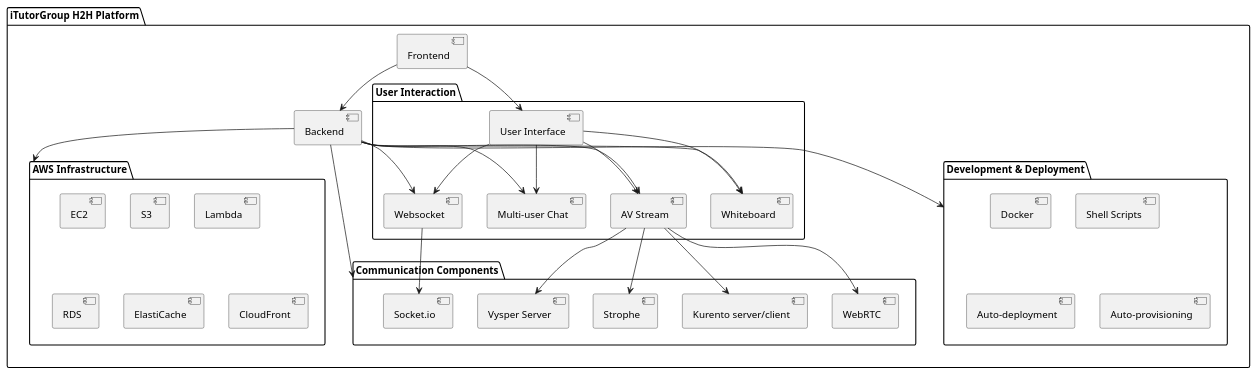
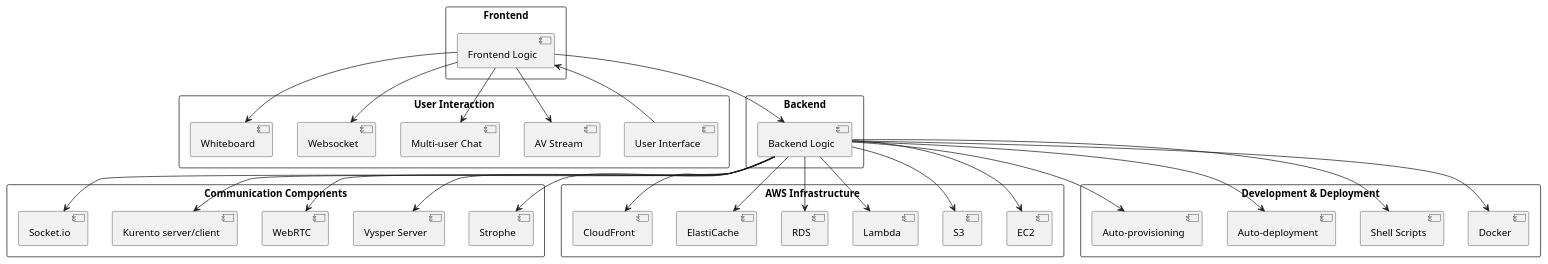
The diagram in itutorgroup_h2h_platform_architecture.puml (huangyingw/system_design), drawn with PlantUML before and after one commit.

```diff
--- a/itutorgroup_h2h_platform_architecture.puml
+++ b/itutorgroup_h2h_platform_architecture.puml
@@ -1,65 +1,76 @@
 @startuml
 
-package "iTutorGroup H2H Platform" {
-    [Frontend]
-    [Backend]
+skinparam packageStyle rect
 
-    package "AWS Infrastructure" {
-        [EC2]
-        [S3]
-        [Lambda]
-        [RDS]
-        [ElastiCache]
-        [CloudFront]
-    }
-
-    package "Communication Components" {
-        [Strophe]
-        [Vysper Server]
-        [WebRTC]
-        [Kurento server/client]
-        [Socket.io]
-    }
-
-    package "Development & Deployment" {
-        [Docker]
-        [Shell Scripts]
-        [Auto-deployment]
-        [Auto-provisioning]
-    }
-
-    package "User Interaction" {
-        [User Interface]
-        [AV Stream]
-        [Multi-user Chat]
-        [Websocket]
-        [Whiteboard]
-    }
+package "User Interaction" {
+    [User Interface]
+    [AV Stream]
+    [Multi-user Chat]
+    [Websocket]
+    [Whiteboard]
 }
 
-[Frontend] --> [User Interface]
-[User Interface] --> [AV Stream]
-[User Interface] --> [Multi-user Chat]
-[User Interface] --> [Websocket]
-[User Interface] --> [Whiteboard]
+package "Frontend" {
+    [Frontend Logic]
+}
 
-[Backend] --> [AV Stream]
-[Backend] --> [Multi-user Chat]
-[Backend] --> [Websocket]
-[Backend] --> [Whiteboard]
+package "Backend" {
+    [Backend Logic]
+}
 
-[Frontend] --> [Backend]
+package "Communication Components" {
+    [Strophe]
+    [Vysper Server]
+    [WebRTC]
+    [Kurento server/client]
+    [Socket.io]
+}
 
-[AV Stream] --> [Strophe]
-[AV Stream] --> [Vysper Server]
-[AV Stream] --> [WebRTC]
-[AV Stream] --> [Kurento server/client]
+package "AWS Infrastructure" {
+    [EC2]
+    [S3]
+    [Lambda]
+    [RDS]
+    [ElastiCache]
+    [CloudFront]
+}
 
-[Websocket] --> [Socket.io]
+package "Development & Deployment" {
+    [Docker]
+    [Shell Scripts]
+    [Auto-deployment]
+    [Auto-provisioning]
+}
 
-[Backend] --> [AWS Infrastructure]
-[Backend] --> [Communication Components]
+' Connections between User Interaction and Frontend
+[User Interface] --> [Frontend Logic]
+[Frontend Logic] --> [AV Stream]
+[Frontend Logic] --> [Multi-user Chat]
+[Frontend Logic] --> [Websocket]
+[Frontend Logic] --> [Whiteboard]
 
-[Backend] --> [Development & Deployment]
+' Connections between Frontend and Backend
+[Frontend Logic] --> [Backend Logic]
+
+' Connections between Backend and AWS Infrastructure
+[Backend Logic] --> [EC2]
+[Backend Logic] --> [S3]
+[Backend Logic] --> [Lambda]
+[Backend Logic] --> [RDS]
+[Backend Logic] --> [ElastiCache]
+[Backend Logic] --> [CloudFront]
+
+' Connections between Backend and Communication Components
+[Backend Logic] --> [Strophe]
+[Backend Logic] --> [Vysper Server]
+[Backend Logic] --> [WebRTC]
+[Backend Logic] --> [Kurento server/client]
+[Backend Logic] --> [Socket.io]
+
+' Connections between Backend and Development & Deployment
+[Backend Logic] --> [Docker]
+[Backend Logic] --> [Shell Scripts]
+[Backend Logic] --> [Auto-deployment]
+[Backend Logic] --> [Auto-provisioning]
 
 @enduml
```
